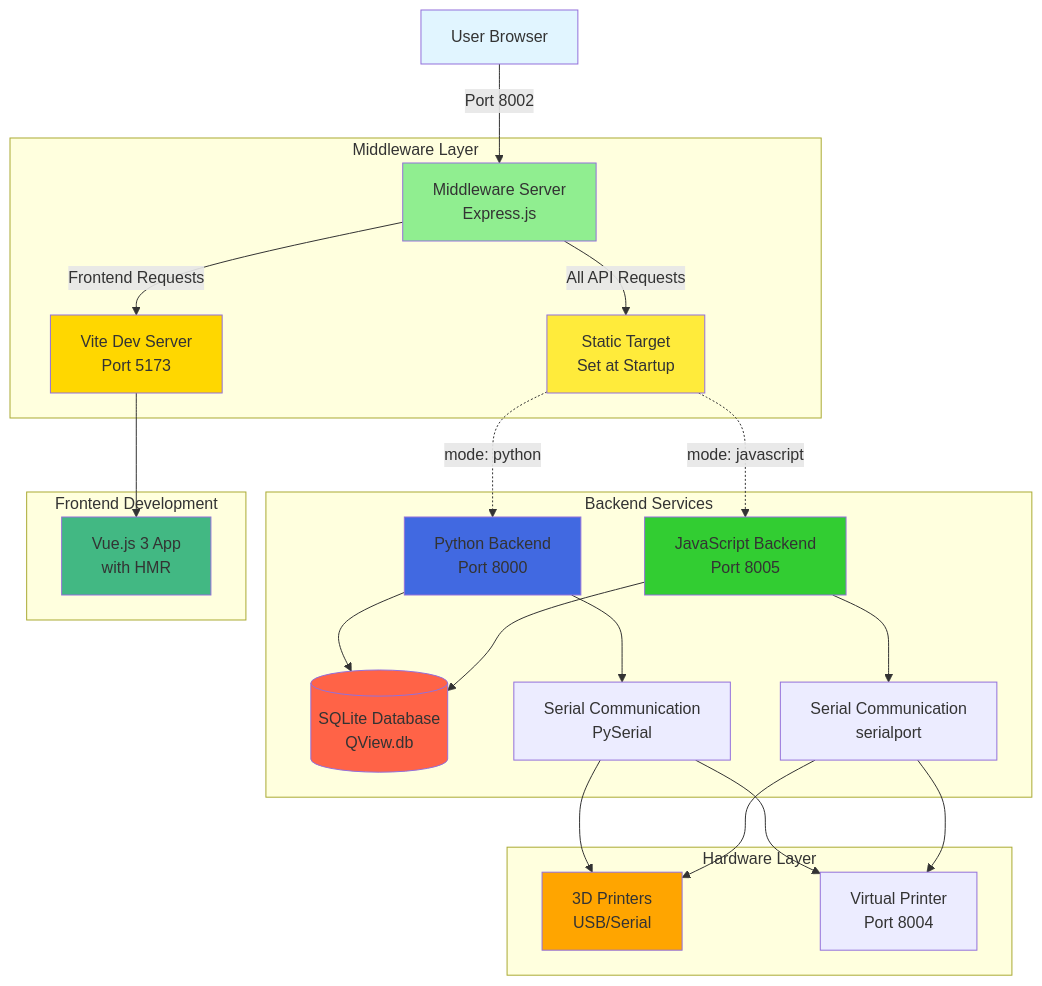
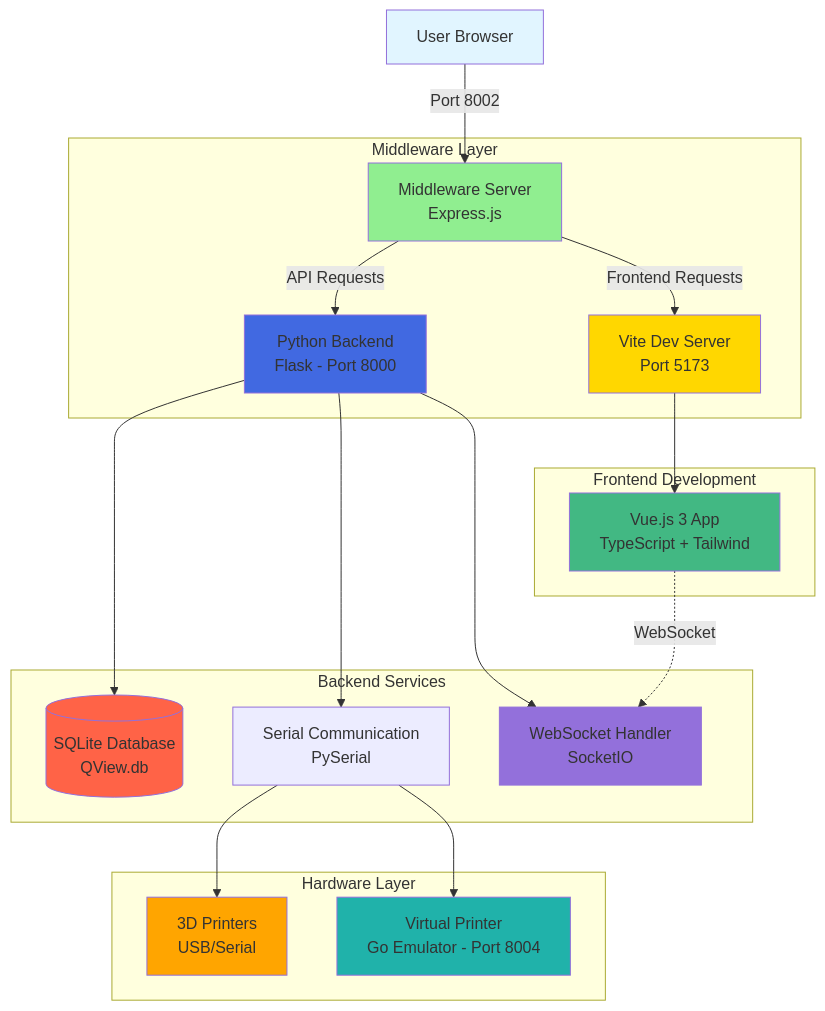
The first of 2 diagrams in README.md (sunyhydralab/QView3D), drawn with Mermaid before and after one commit. The commit also changed other lines of this file and 3 other files, not shown here.

````diff
--- a/README.md
+++ b/README.md
@@ -56,40 +76,37 @@
 ```mermaid
 flowchart TB
     User[User Browser] -->|Port 8002| Middleware
 
     subgraph Middleware Layer
         Middleware[Middleware Server<br/>Express.js]
         Middleware -->|Frontend Requests| Vite[Vite Dev Server<br/>Port 5173]
-        Middleware -->|All API Requests| Target[Static Target<br/>Set at Startup]
+        Middleware -->|API Requests| Python
     end
 
     subgraph Backend Services
-        Target -.->|mode: python| Python[Python Backend<br/>Port 8000]
-        Target -.->|mode: javascript| JS[JavaScript Backend<br/>Port 8005]
+        Python[Python Backend<br/>Flask - Port 8000]
         Python --> DB[(SQLite Database<br/>QView.db)]
-        JS --> DB
         Python --> Serial[Serial Communication<br/>PySerial]
-        JS --> Serial2[Serial Communication<br/>serialport]
+        Python --> WS[WebSocket Handler<br/>SocketIO]
     end
 
     subgraph Hardware Layer
         Serial --> Printers[3D Printers<br/>USB/Serial]
-        Serial2 --> Printers
-        Serial --> Emulator[Virtual Printer<br/>Port 8004]
-        Serial2 --> Emulator
+        Serial --> Emulator[Virtual Printer<br/>Go Emulator - Port 8004]
     end
 
     subgraph Frontend Development
-        Vite --> Vue[Vue.js 3 App<br/>with HMR]
+        Vite --> Vue[Vue.js 3 App<br/>TypeScript + Tailwind]
+        Vue -.->|WebSocket| WS
     end
 
     style User fill:#e1f5ff
     style Middleware fill:#90ee90
-    style Target fill:#ffeb3b
     style Vite fill:#ffd700
     style Python fill:#4169e1
-    style JS fill:#32cd32
     style DB fill:#ff6347
     style Printers fill:#ffa500
     style Vue fill:#42b883
+    style WS fill:#9370db
+    style Emulator fill:#20b2aa
 ```
````
